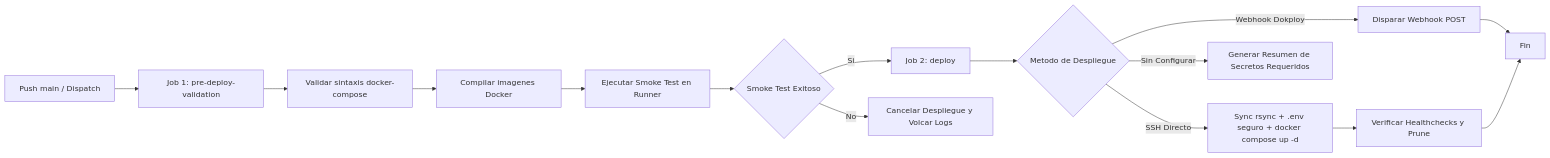
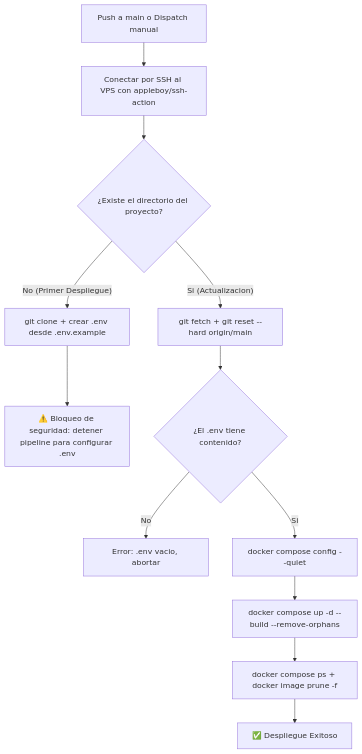
Before and after one commit to pintuclic/pintuclic.com: the diagram in docs/00_SISTEMA/02_GUIAS_Y_ESTANDARES/GUIA_DESPLIEGUE.md, drawn with Mermaid. The commit also changed other lines of this file and 1 other file, not shown here.

First line of the commit message:
ci(workflows): adaptar pipeline de despliegue al modelo pragmatico con ssh action

````diff
--- a/docs/00_SISTEMA/02_GUIAS_Y_ESTANDARES/GUIA_DESPLIEGUE.md
+++ b/docs/00_SISTEMA/02_GUIAS_Y_ESTANDARES/GUIA_DESPLIEGUE.md
@@ -84,17 +21,14 @@
 ```mermaid
-flowchart LR
-    A[Push main / Dispatch] --> B[Job 1: pre-deploy-validation]
-    B --> B1[Validar sintaxis docker-compose]
-    B1 --> B2[Compilar imagenes Docker]
-    B2 --> B3[Ejecutar Smoke Test en Runner]
-    B3 --> C{Smoke Test Exitoso}
-    C -- Si --> D[Job 2: deploy]
-    C -- No --> E[Cancelar Despliegue y Volcar Logs]
-    D --> D1{Metodo de Despliegue}
-    D1 -- SSH Directo --> D2[Sync rsync + .env seguro + docker compose up -d]
-    D1 -- Webhook Dokploy --> D3[Disparar Webhook POST]
-    D1 -- Sin Configurar --> D4[Generar Resumen de Secretos Requeridos]
-    D2 --> F[Verificar Healthchecks y Prune]
-    D3 --> G[Fin]
-    F --> G
+flowchart TD
+    A[Push a main o Dispatch manual] --> B[Conectar por SSH al VPS con appleboy/ssh-action]
+    B --> C{¿Existe el directorio del proyecto?}
+    C -- No (Primer Despliegue) --> D[git clone + crear .env desde .env.example]
+    D --> E[⚠️ Bloqueo de seguridad: detener pipeline para configurar .env]
+    C -- Si (Actualizacion) --> F[git fetch + git reset --hard origin/main]
+    F --> G{¿El .env tiene contenido?}
+    G -- No --> H[Error: .env vacio, abortar]
+    G -- Si --> I[docker compose config --quiet]
+    I --> J[docker compose up -d --build --remove-orphans]
+    J --> K[docker compose ps + docker image prune -f]
+    K --> L[✅ Despliegue Exitoso]
 ```
````
